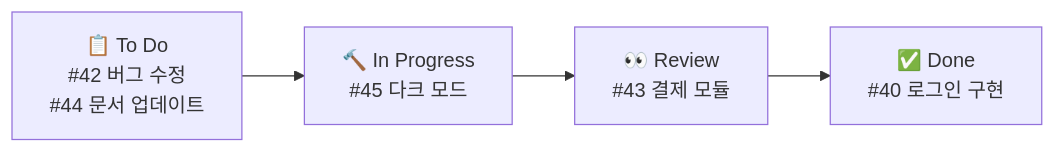
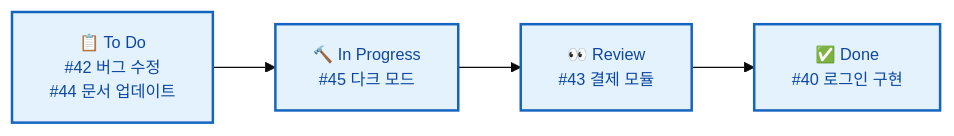
Before and after one commit to jingu279/Document: the diagram in git/06_GitHub/06_Issues와_Projects.md, drawn with Mermaid. The commit also changed 24 other files, not shown here.

First line of the commit message:
Git 문서 전체 Mermaid 다이어그램 스타일링 통일

````diff
--- a/git/06_GitHub/06_Issues와_Projects.md
+++ b/git/06_GitHub/06_Issues와_Projects.md
@@ -160,6 +160,12 @@
 ```mermaid
+%%{init: {'theme': 'base', 'themeVariables': {'fontSize': '13px'}}}%%
 flowchart LR
-  Todo["📋 To Do<br/>#42 버그 수정<br/>#44 문서 업데이트"] --> InProgress["🔨 In Progress<br/>#45 다크 모드"]
-  InProgress --> Review["👀 Review<br/>#43 결제 모듈"]
-  Review --> Done["✅ Done<br/>#40 로그인 구현"]
+  classDef main fill:#fff3e0,stroke:#e65100,stroke-width:2px,color:#bf360c
+  classDef sub fill:#e8f5e9,stroke:#2e7d32,stroke-width:2px,color:#1b5e20
+  classDef proc fill:#e3f2fd,stroke:#1565c0,stroke-width:2px,color:#0d47a1
+  classDef decision fill:#fff9c4,stroke:#f9a825,stroke-width:2px,color:#e65100
+  classDef highlight fill:#f3e5f5,stroke:#6a1b9a,stroke-width:2px,color:#4a148c
+  Todo["📋 To Do<br/>#42 버그 수정<br/>#44 문서 업데이트"]:::proc --> InProgress["🔨 In Progress<br/>#45 다크 모드"]:::proc
+  InProgress --> Review["👀 Review<br/>#43 결제 모듈"]:::proc
+  Review --> Done["✅ Done<br/>#40 로그인 구현"]:::proc
 ```
````
